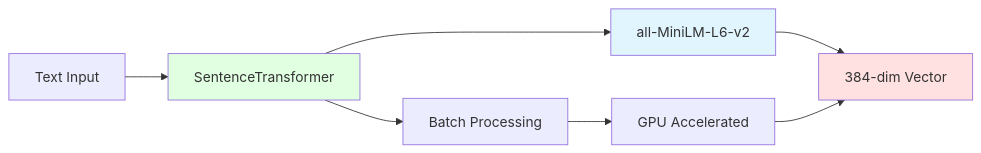
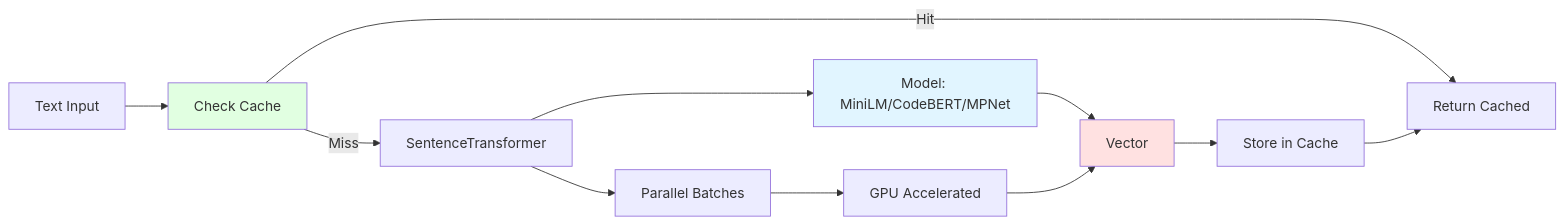
Before and after one commit to djalmaaraujo/claude-indexer: the sixth of 7 diagrams in README.md, drawn with Mermaid. The commit also changed other lines of this file and 13 other files, not shown here.

````diff
--- a/README.md
+++ b/README.md
@@ -403,14 +443,18 @@
 ```mermaid
 graph LR
-    A[Text Input] --> B[SentenceTransformer]
-    B --> C[all-MiniLM-L6-v2]
-    C --> D[384-dim Vector]
+    A[Text Input] --> B[Check Cache]
+    B -->|Hit| C[Return Cached]
+    B -->|Miss| D[SentenceTransformer]
+    D --> E[Model: MiniLM/CodeBERT/MPNet]
+    E --> F[Vector]
+    F --> G[Store in Cache]
+    G --> C
 
-    B --> E[Batch Processing]
-    E --> F[GPU Accelerated]
-    F --> D
+    D --> H[Parallel Batches]
+    H --> I[GPU Accelerated]
+    I --> F
 
     style B fill:#e1ffe1
-    style C fill:#e1f5ff
-    style D fill:#ffe1e1
+    style E fill:#e1f5ff
+    style F fill:#ffe1e1
 ```
````
